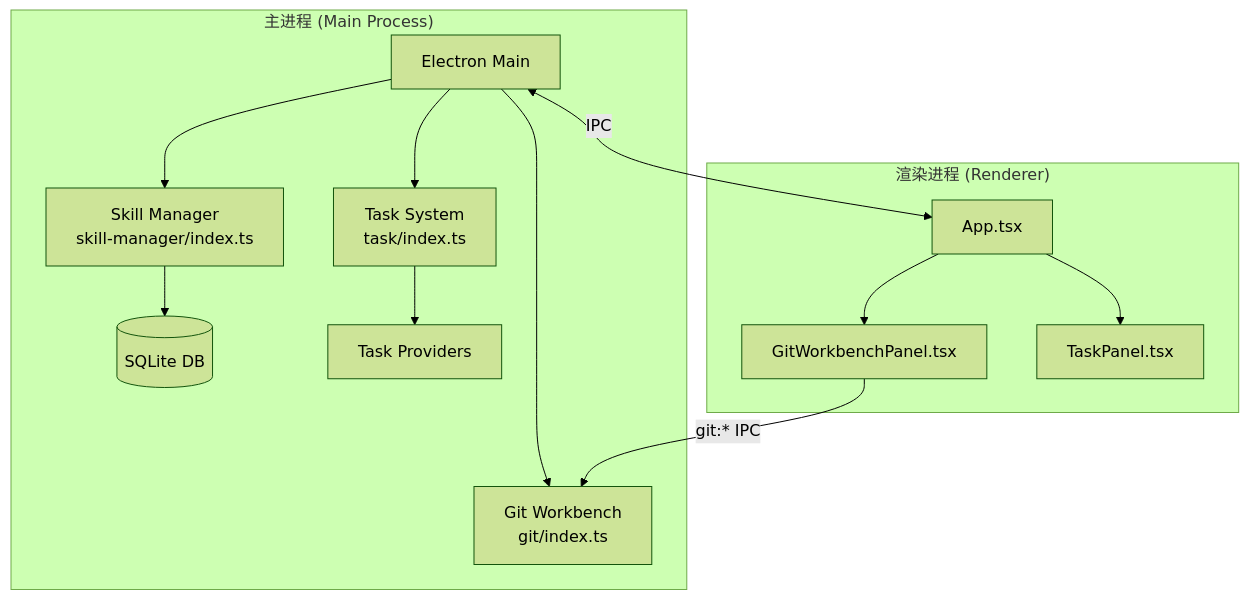
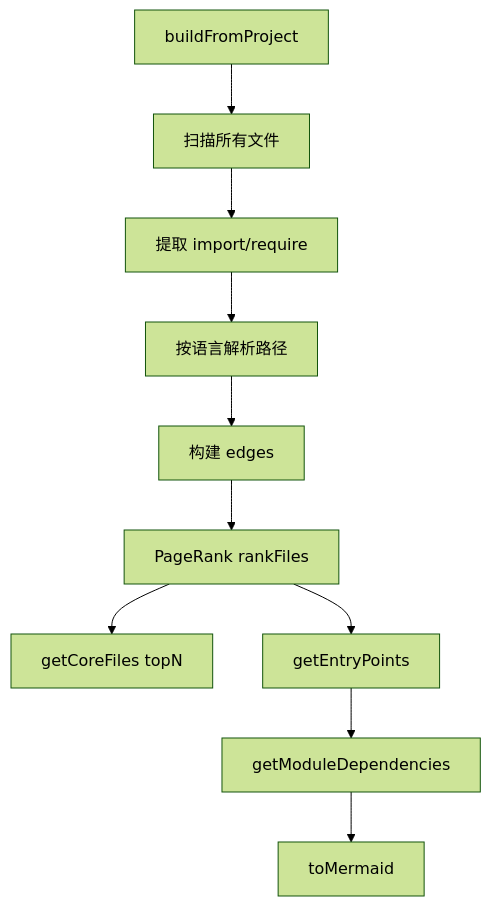
The first of 5 diagrams in .tech/repowiki/zh/content/核心模块规格/核心模块规格.md (lst016/tech-cc-hub), drawn with Mermaid (forest theme) before and after one commit. The commit also changed other lines of this file and 129 other files, not shown here.

````diff
--- a/.tech/repowiki/zh/content/核心模块规格/核心模块规格.md
+++ b/.tech/repowiki/zh/content/核心模块规格/核心模块规格.md
@@ -53,27 +138,12 @@
 ```mermaid
 flowchart TD
-    subgraph MAIN["主进程 (Main Process)"]
-        E[Electron Main]
-        SM[Skill Manager<br/>skill-manager/index.ts]
-        TS[Task System<br/>task/index.ts]
-        GW[Git Workbench<br/>git/index.ts]
-
-        E --> SM
-        E --> TS
-        E --> GW
-
-        SM --> DB[(SQLite DB)]
-        TS --> Providers[Task Providers]
-    end
-
-    subgraph RENDERER["渲染进程 (Renderer)"]
-        UI[App.tsx]
-        GitUI[GitWorkbenchPanel.tsx]
-        TaskUI[TaskPanel.tsx]
-    end
-
-    E <-->|IPC| UI
-    UI --> GitUI
-    UI --> TaskUI
-    GitUI --> |git:* IPC| GW
+    A[buildFromProject] --> B[扫描所有文件]
+    B --> C[提取 import/require]
+    C --> D[按语言解析路径]
+    D --> E[构建 edges]
+    E --> F[PageRank rankFiles]
+    F --> G[getCoreFiles topN]
+    F --> H[getEntryPoints]
+    H --> I[getModuleDependencies]
+    I --> J[toMermaid]
 ```
````
